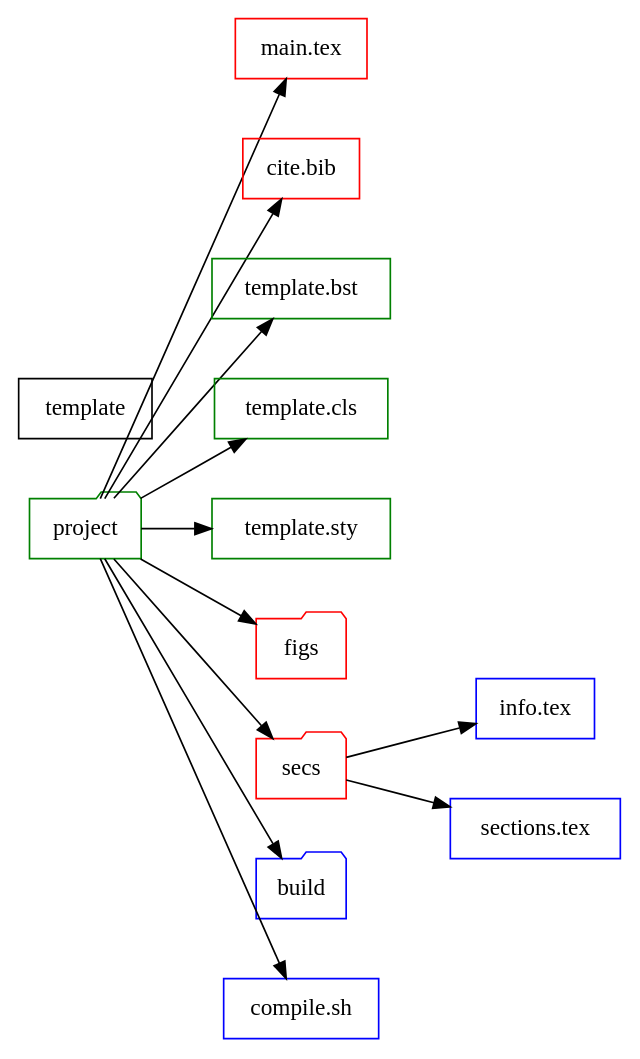
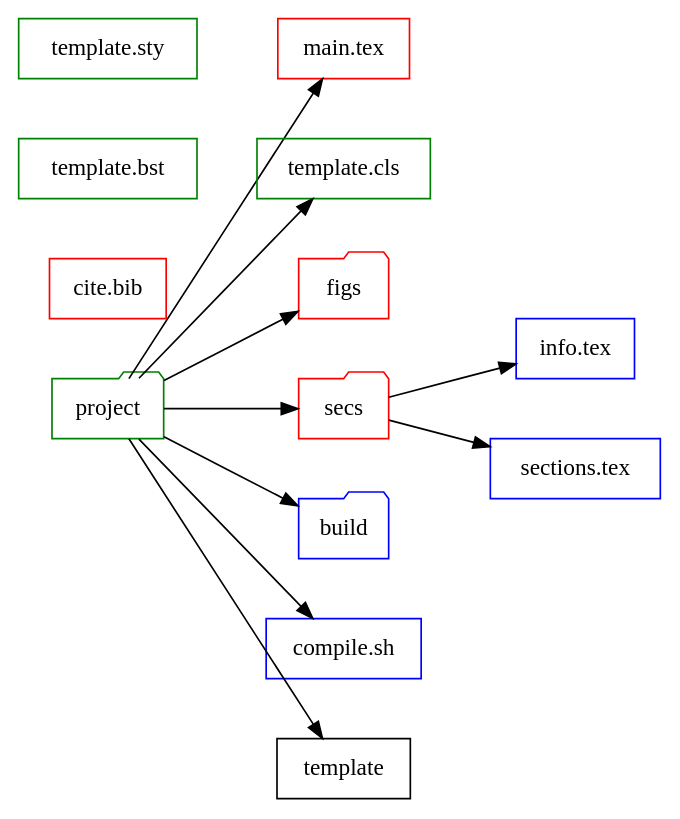
The diagram in texTemplate.org (bwtian/texTemplate), drawn with Graphviz before and after one commit. The commit also changed other lines of this file, not shown here.

Commit message:
/ ‘texTemplate.org’

```diff
--- a/texTemplate.org
+++ b/texTemplate.org
@@ -4,31 +4,31 @@
 #+BEGIN_SRC dot :file ./texTemplate.svg
   digraph {
   rankdir = LR
   fontname="Times";
   fontsize = 12;
   splines = false;
   ranksep = 0.5;
   nodesep = 0.5;
   node [shape = box]
   //1. set node
   proj [label = "project", color = green, shape="folder"]
   info [label = "info.tex", color = blue]
   secs [label = "sections.tex", color = blue]
   main [label = "main.tex", color = red]
   bib [label = "cite.bib", color = red]
   bst [label = "template.bst", color = green]
   cls [label = "template.cls", color = green]
   sty [label = "template.sty", color = green]
   fig [label = "figs", color=red, shape="folder"]
   sec [label = "secs", color=red, shape="folder"]
   build [label  = "build", color = blue, shape="folder"]
   gen [label = "compile.sh", color = blue]
-  template [label = "template"]
+  temp [label = "template"]
   //2. set path
 
-  proj -> {fig sec main bib sty bst cls build gen}
+  proj -> {fig sec main temp cls build gen}
   sec -> {info, secs}
   //3. set rank
 
   }
 #+END_SRC
```
